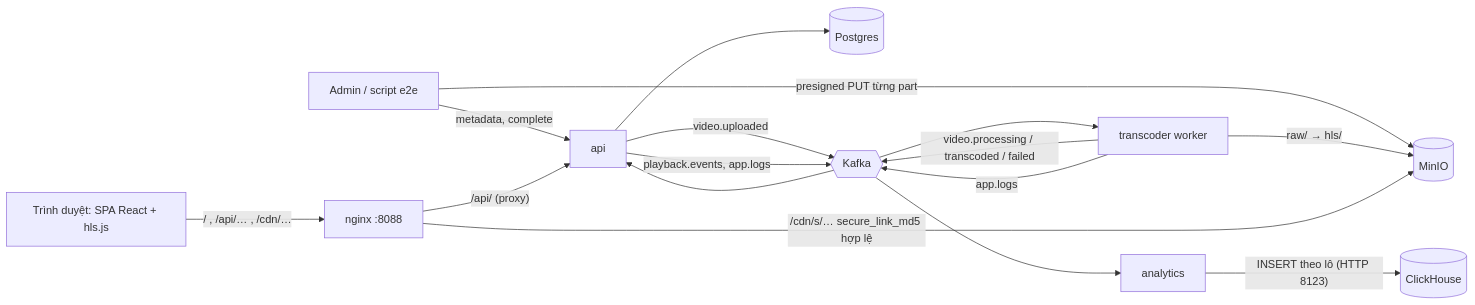
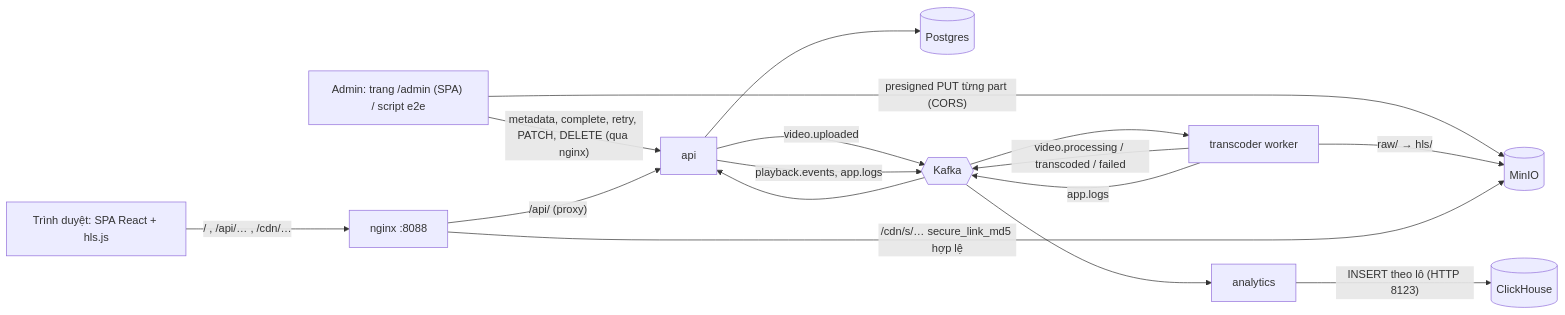
One commit to doba202/streaming-vod changed the diagram in docs/architecture.md. Above: the diagram before and after it, drawn with Mermaid. The commit also changed other lines of this file and 3 other files, not shown here.

````diff
--- a/docs/architecture.md
+++ b/docs/architecture.md
@@ -7,18 +7,18 @@
 ```mermaid
 flowchart LR
-  Admin[Admin / script e2e] -->|metadata, complete| API[api]
-  Admin -->|presigned PUT từng part| S3[(MinIO)]
+  Admin["Admin: trang /admin (SPA) / script e2e"] -->|"metadata, complete, retry, PATCH, DELETE (qua nginx)"| API[api]
+  Admin -->|"presigned PUT từng part (CORS)"| S3[(MinIO)]
   API --> PG[(Postgres)]
   API -->|video.uploaded| K{{Kafka}}
   K --> T[transcoder worker]
   T -->|raw/ → hls/| S3
   T -->|video.processing / transcoded / failed| K
   K --> API
   Viewer[Trình duyệt: SPA React + hls.js] -->|"/ , /api/… , /cdn/…"| N[nginx :8088]
   N -->|"/api/ (proxy)"| API
   N -->|"/cdn/s/… secure_link_md5 hợp lệ"| S3
   API -->|"playback.events, app.logs"| K
   T -->|app.logs| K
   K --> AN[analytics]
   AN -->|"INSERT theo lô (HTTP 8123)"| CH[(ClickHouse)]
 ```
````
